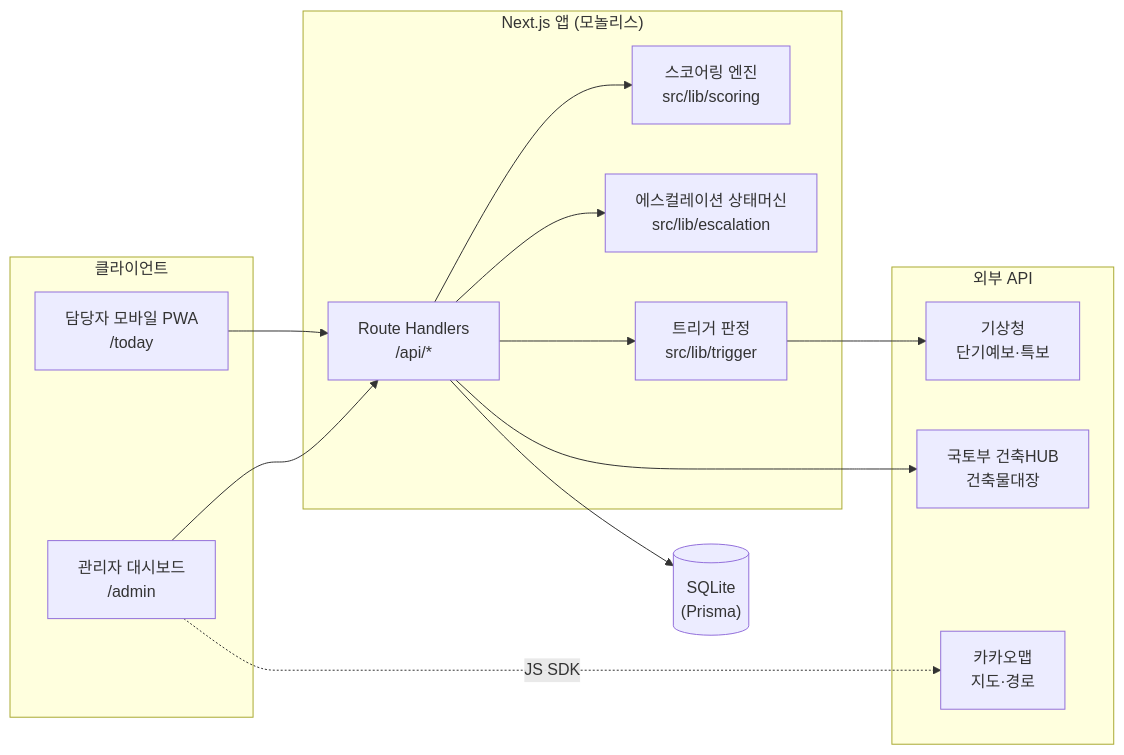
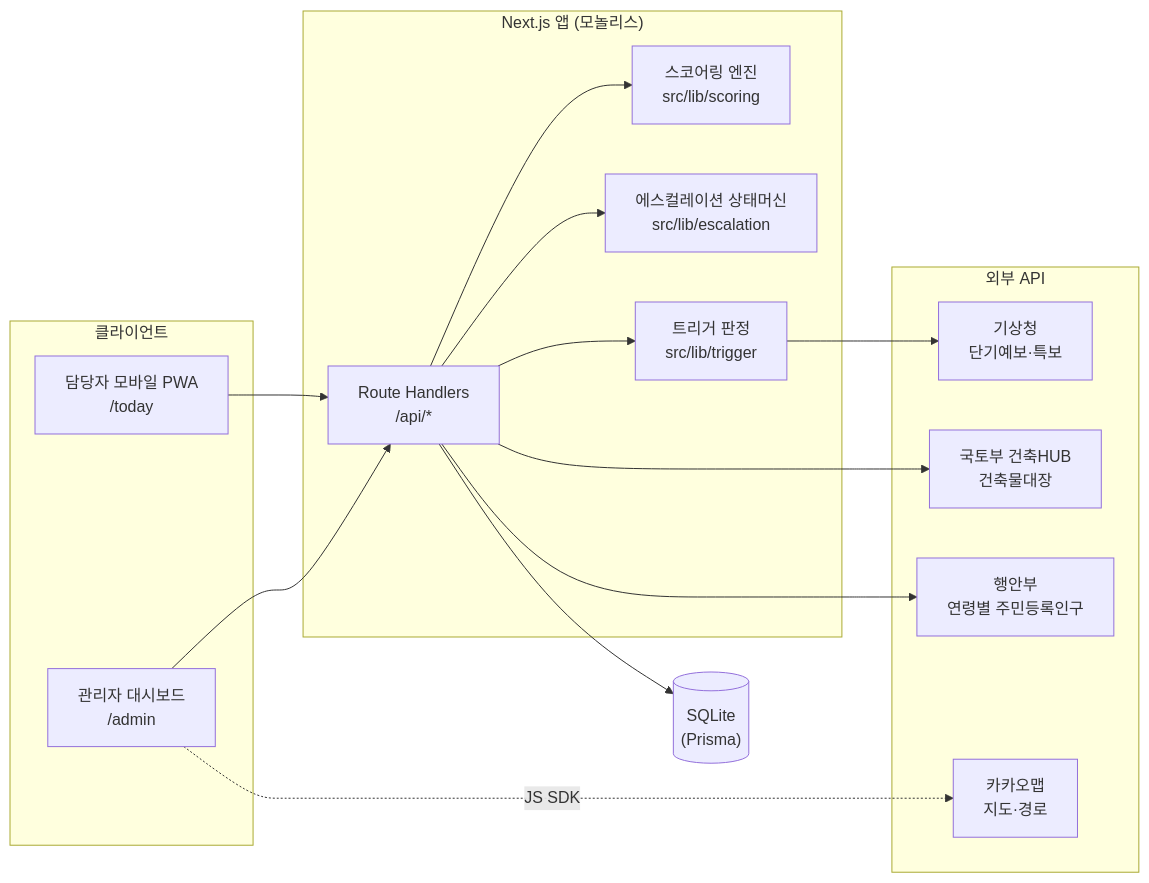
The first of 3 diagrams in docs/architecture.md (NO-TOKEN-NO-WORK/this-house-first), drawn with Mermaid before and after one commit. The commit also changed other lines of this file and 1 other file, not shown here.

````diff
--- a/docs/architecture.md
+++ b/docs/architecture.md
@@ -9,26 +9,28 @@
 ```mermaid
 flowchart LR
     subgraph client["클라이언트"]
         W["담당자 모바일 PWA<br/>/today"]
         A["관리자 대시보드<br/>/admin"]
     end
     subgraph app["Next.js 앱 (모놀리스)"]
         RH["Route Handlers<br/>/api/*"]
         SC["스코어링 엔진<br/>src/lib/scoring"]
         SM["에스컬레이션 상태머신<br/>src/lib/escalation"]
         TR["트리거 판정<br/>src/lib/trigger"]
     end
     DB[("SQLite<br/>(Prisma)")]
     subgraph ext["외부 API"]
         KMA["기상청<br/>단기예보·특보"]
         HUB["국토부 건축HUB<br/>건축물대장"]
+        MOIS["행안부<br/>연령별 주민등록인구"]
         KAKAO["카카오맵<br/>지도·경로"]
     end
     W --> RH
     A --> RH
     RH --> SC & SM & TR
     RH --> DB
     TR --> KMA
     RH --> HUB
+    RH --> MOIS
     A -.->|JS SDK| KAKAO
 ```
````
